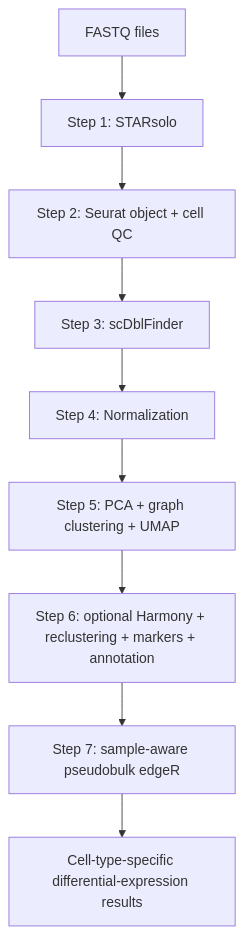
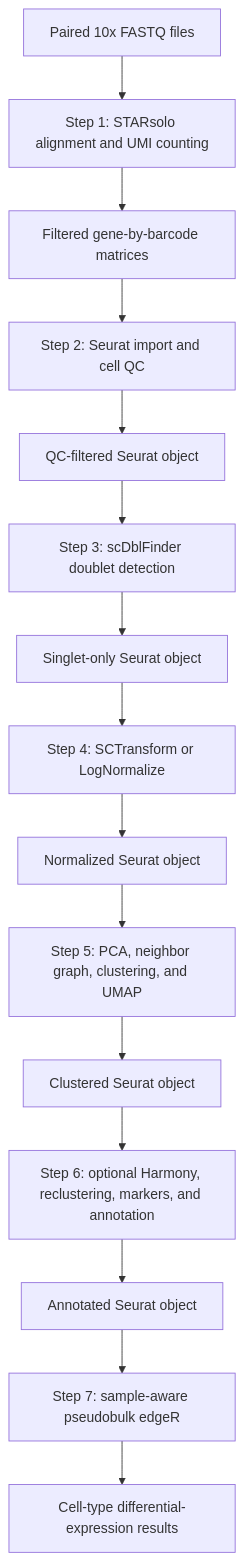
One commit to fdachet/Genomics changed the diagram in Script_R/Chromium_SingleCell/README.md. Above: the diagram before and after it, drawn with Mermaid. The commit also changed other lines of this file, not shown here.

````diff
--- a/Script_R/Chromium_SingleCell/README.md
+++ b/Script_R/Chromium_SingleCell/README.md
@@ -14,11 +7,17 @@
 ```mermaid
 flowchart TD
-    A[FASTQ files] --> B[Step 1: STARsolo]
-    B --> D[Step 2: Seurat object + cell QC]
-    D --> F[Step 3: scDblFinder]
-    F --> H[Step 4: Normalization]
-    H --> J[Step 5: PCA + graph clustering + UMAP]
-    J --> K[Step 6: optional Harmony + reclustering + markers + annotation]
-    K --> M[Step 7: sample-aware pseudobulk edgeR]
-    M --> N[Cell-type-specific differential-expression results]
+    A[Paired 10x FASTQ files] --> B[Step 1: STARsolo alignment and UMI counting]
+    B --> C[Filtered gene-by-barcode matrices]
+    C --> D[Step 2: Seurat import and cell QC]
+    D --> E[QC-filtered Seurat object]
+    E --> F[Step 3: scDblFinder doublet detection]
+    F --> G[Singlet-only Seurat object]
+    G --> H[Step 4: SCTransform or LogNormalize]
+    H --> I[Normalized Seurat object]
+    I --> J[Step 5: PCA, neighbor graph, clustering, and UMAP]
+    J --> K[Clustered Seurat object]
+    K --> L[Step 6: optional Harmony, reclustering, markers, and annotation]
+    L --> M[Annotated Seurat object]
+    M --> N[Step 7: sample-aware pseudobulk edgeR]
+    N --> O[Cell-type differential-expression results]
 ```
````
